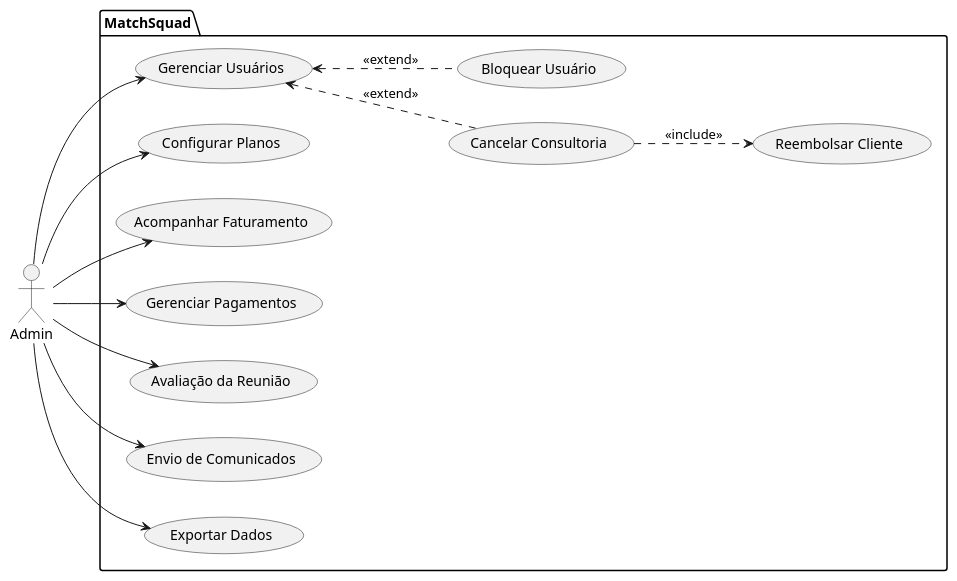
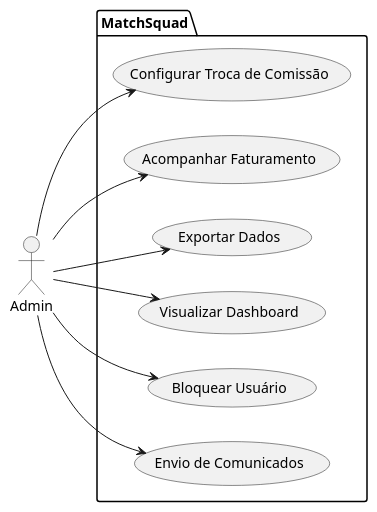
The diagram in Docs/FullStack/Homepage, Cadastros e Login/use-cases-admin.puml (Gabriel-Alves02/MatchSquad), drawn with PlantUML before and after one commit. The commit also changed 6 other files, not shown here.

```diff
--- a/Docs/FullStack/Homepage, Cadastros e Login/use-cases-admin.puml
+++ b/Docs/FullStack/Homepage, Cadastros e Login/use-cases-admin.puml
@@ -1,30 +1,23 @@
 @startuml
 left to right direction
 actor Admin as A
 
 package MatchSquad {
-    usecase "Bloquear Usuário" as UC1
-    usecase "Configurar Planos" as UC2
-    usecase "Acompanhar Faturamento" as UC3
-    usecase "Cancelar Consultoria" as UC4
-    usecase "Reembolsar Cliente" as UC5
-    usecase "Gerenciar Pagamentos" as UC6
-    usecase "Avaliação da Reunião" as UC7
-    usecase "Envio de Comunicados" as UC8
-    usecase "Gerenciar Usuários" as UC9
-    usecase "Exportar Dados" as UC10
+    usecase "Configurar Troca de Comissão" as UC1
+    usecase "Acompanhar Faturamento" as UC2
+    usecase "Exportar Dados" as UC3
+    usecase "Visualizar Dashboard" as UC4
+    usecase "Bloquear Usuário" as UC5
+    usecase "Envio de Comunicados" as UC6
+
 }
 
+A --> UC1
 A --> UC2
 A --> UC3
+A --> UC4
+A --> UC5
 A --> UC6
-A --> UC7
-A --> UC8
-A --> UC9
-A --> UC10
 
-(UC1).up.>(UC9): <<extend>>
-(UC4).up.>(UC9): <<extend>>
-(UC5)<.up.(UC4): <<include>>
 
 @enduml
```
